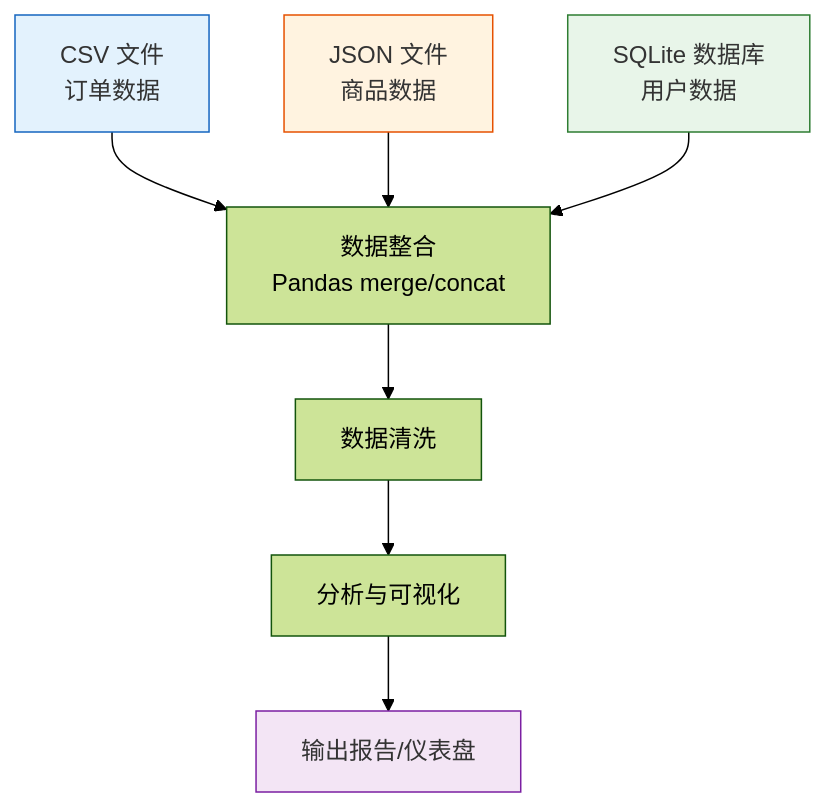
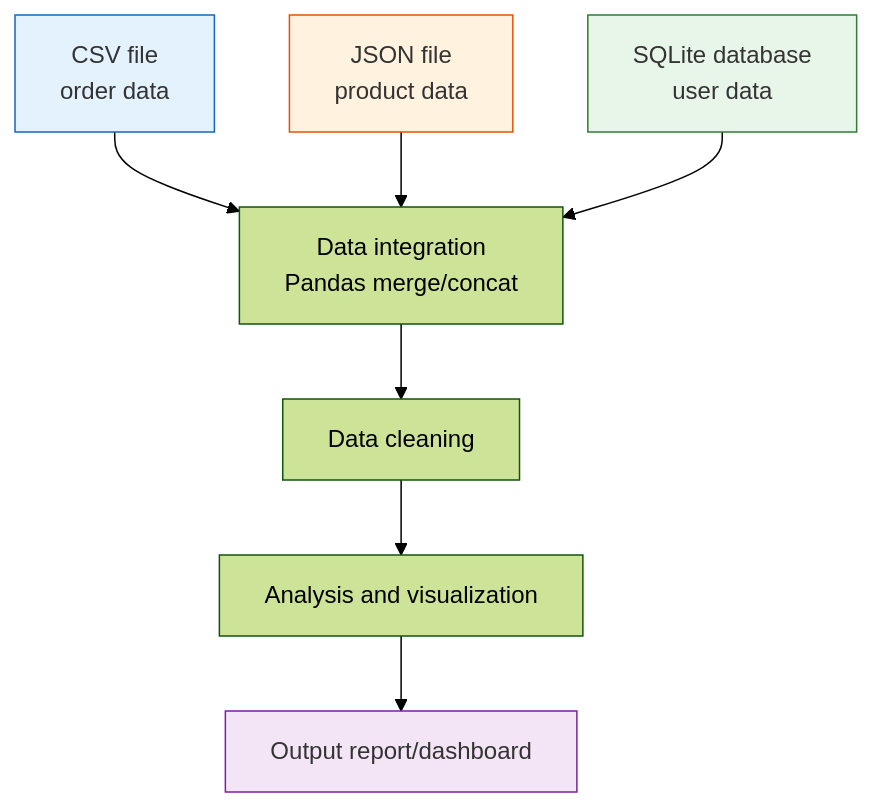
Before and after one commit to oudbiao/AI-fullstack-course: the second of 5 diagrams in docs/ch03-data-analysis/ch06-projects/02-multi-source-analysis.md, drawn with Mermaid (forest theme). The commit also changed other lines of this file and 1406 other files, not shown here.

````diff
--- a/docs/ch03-data-analysis/ch06-projects/02-multi-source-analysis.md
+++ b/docs/ch03-data-analysis/ch06-projects/02-multi-source-analysis.md
@@ -37,14 +37,14 @@
 ```mermaid
 flowchart TD
-    A["CSV 文件<br/>订单数据"] --> D["数据整合<br/>Pandas merge/concat"]
-    B["JSON 文件<br/>商品数据"] --> D
-    C["SQLite 数据库<br/>用户数据"] --> D
-    D --> E["数据清洗"]
-    E --> F["分析与可视化"]
-    F --> G["输出报告/仪表盘"]
+    A["CSV file<br/>order data"] --> D["Data integration<br/>Pandas merge/concat"]
+    B["JSON file<br/>product data"] --> D
+    C["SQLite database<br/>user data"] --> D
+    D --> E["Data cleaning"]
+    E --> F["Analysis and visualization"]
+    F --> G["Output report/dashboard"]
 
     style A fill:#e3f2fd,stroke:#1565c0,color:#333
     style B fill:#fff3e0,stroke:#e65100,color:#333
     style C fill:#e8f5e9,stroke:#2e7d32,color:#333
     style G fill:#f3e5f5,stroke:#7b1fa2,color:#333
 ```
````
